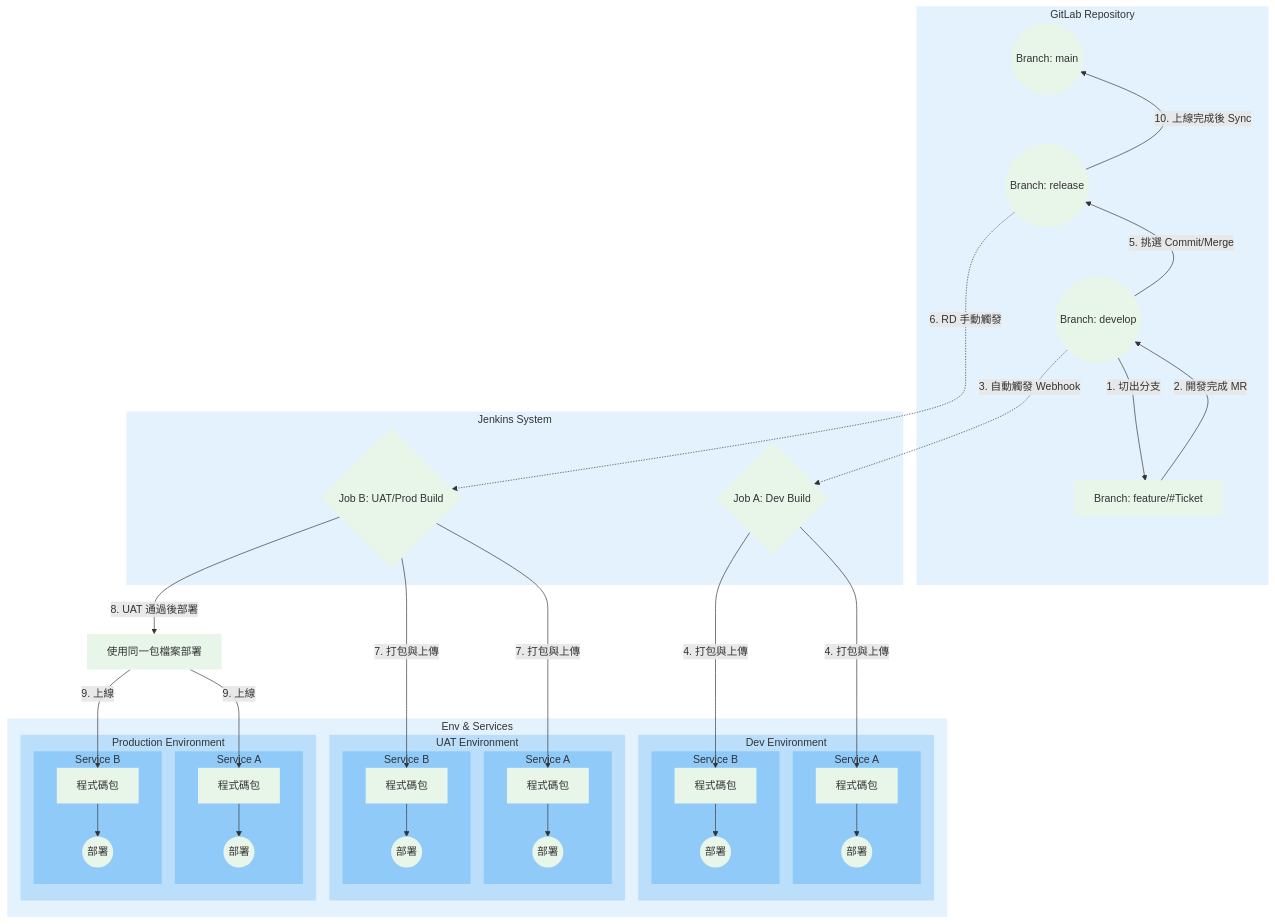
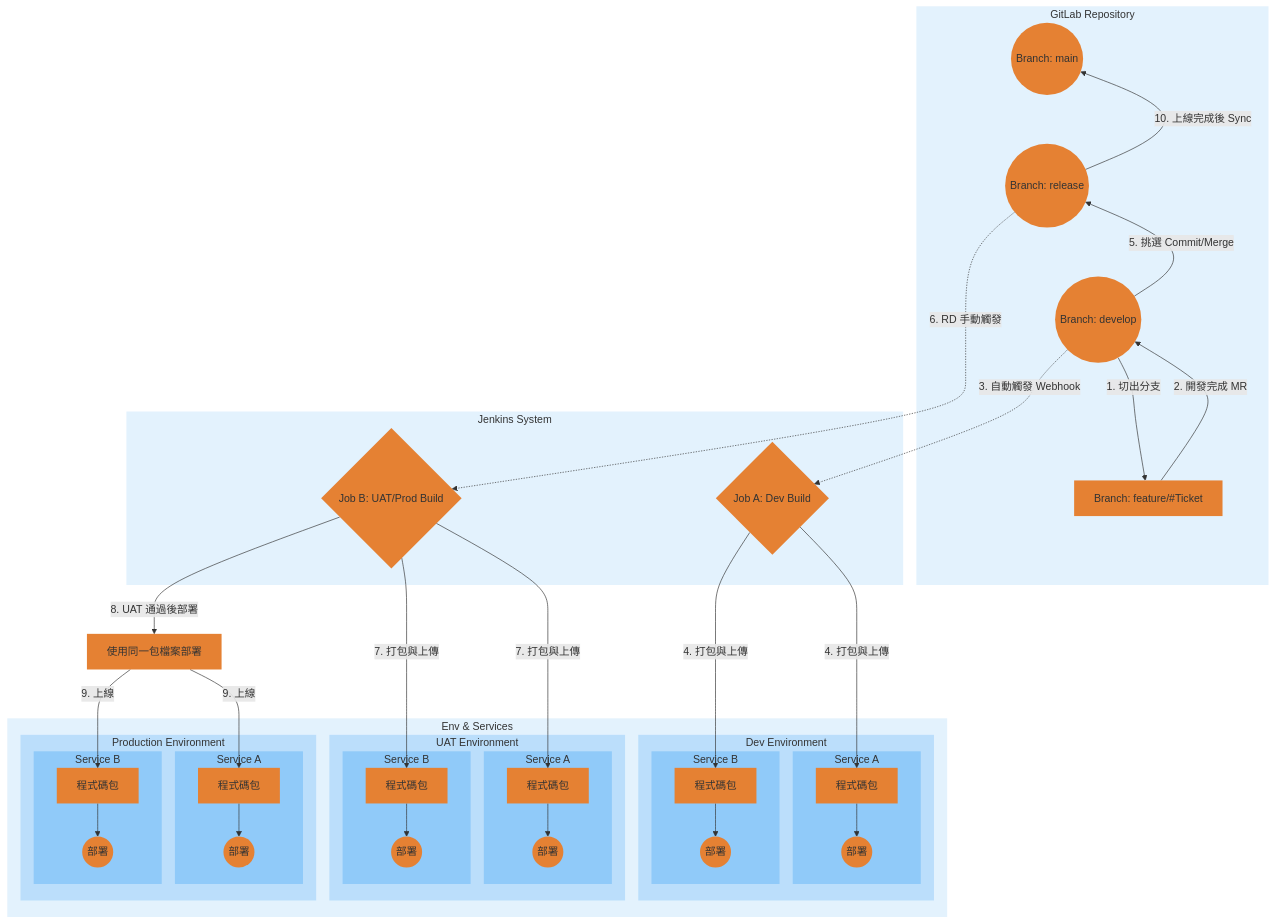
Before and after one commit to almightyken0425/KnowledgeVault: the second of 2 diagrams in SIT/ReleaseWorkFlow.md, drawn with Mermaid.

````diff
--- a/SIT/ReleaseWorkFlow.md
+++ b/SIT/ReleaseWorkFlow.md
@@ -47,11 +47,11 @@
 ```mermaid
 graph TD
     %% 定義樣式
-    classDef branch fill:#E8F5E9,stroke:#2E7D32,stroke-width:0px;
-    classDef action fill:#E8F5E9,stroke:#2E7D32,stroke-width:0px;
-    classDef server fill:#E8F5E9,stroke:#2E7D32,stroke-width:0px;
-    classDef jenkins fill:#E8F5E9,stroke:#2E7D32,stroke-width:0px;
-    classDef deployAction fill:#E8F5E9,stroke:#2E7D32,stroke-width:0px;
+    classDef branch fill:#E58133,stroke:#2E7D32,stroke-width:0px;
+    classDef action fill:#E58133,stroke:#2E7D32,stroke-width:0px;
+    classDef server fill:#E58133,stroke:#2E7D32,stroke-width:0px;
+    classDef jenkins fill:#E58133,stroke:#2E7D32,stroke-width:0px;
+    classDef deployAction fill:#E58133,stroke:#2E7D32,stroke-width:0px;
 
     %% 節點定義
     subgraph Git_Repo [GitLab Repository]
````
